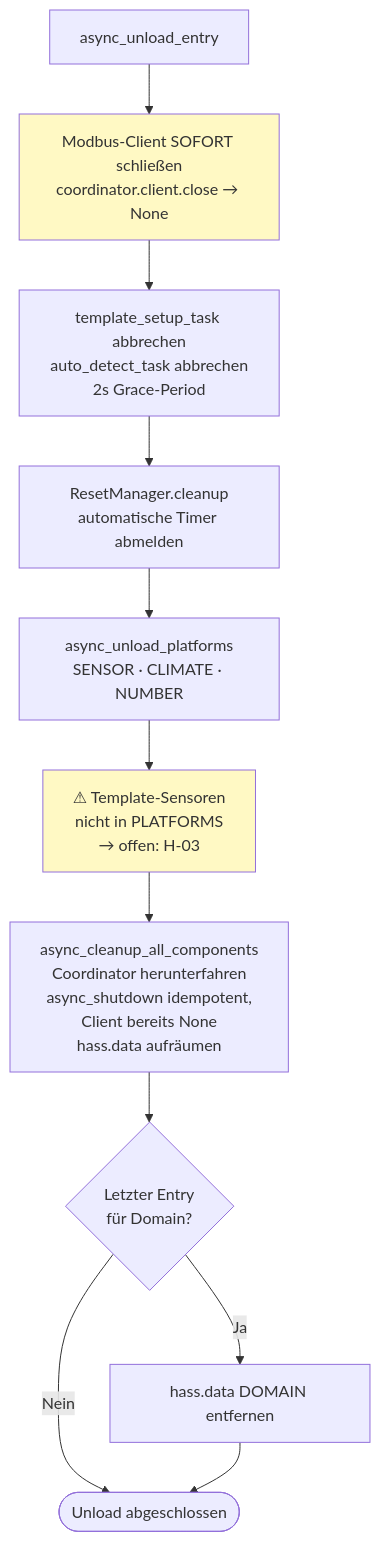
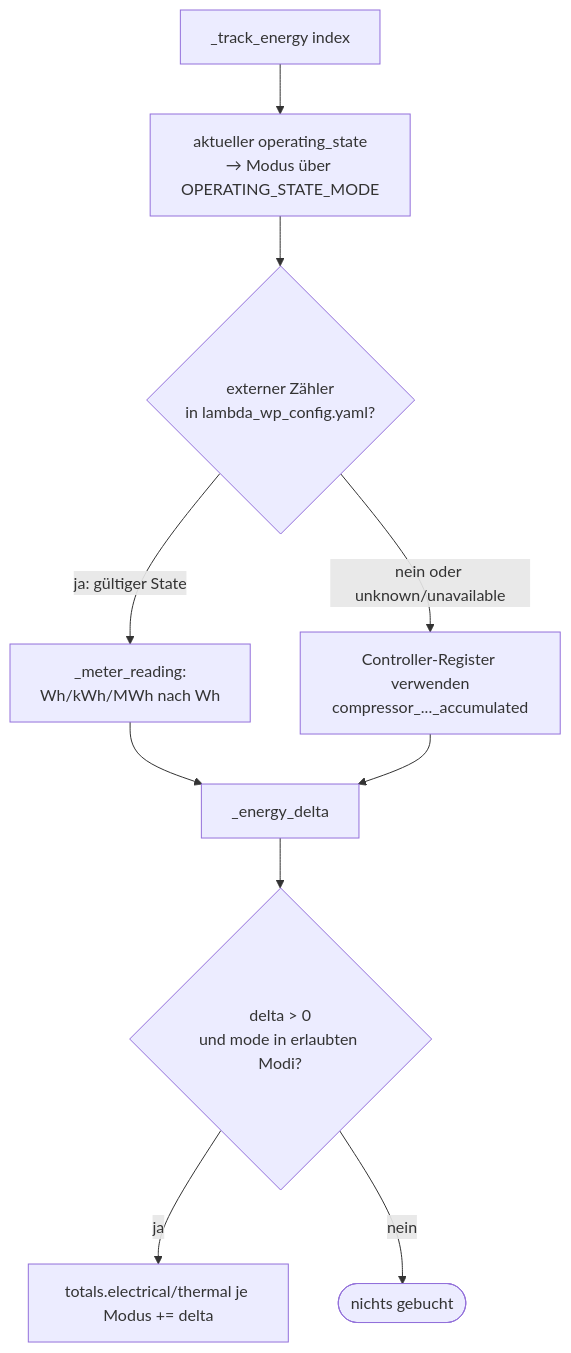
The sixth of 7 diagrams in docs/docs/Entwickler/Ablaufdiagramm.md (GuidoJeuken-6512/lambda_heat_pumps), drawn with Mermaid before and after one commit. The commit also changed other lines of this file and 41 other files, not shown here.

````diff
--- a/docs/docs/Entwickler/Ablaufdiagramm.md
+++ b/docs/docs/Entwickler/Ablaufdiagramm.md
@@ -457,16 +348,12 @@
 ```mermaid
 flowchart TD
-    A[async_unload_entry] --> T0[Modbus-Client SOFORT schließen\ncoordinator.client.close → None]
-    T0 --> T[template_setup_task abbrechen\nauto_detect_task abbrechen\n2s Grace-Period]
-    T --> B[ResetManager.cleanup\nautomatische Timer abmelden]
-    B --> C[async_unload_platforms\nSENSOR · CLIMATE · NUMBER]
-    C --> D[⚠ Template-Sensoren\nnicht in PLATFORMS\n→ offen: H-03]
-    D --> E[async_cleanup_all_components\nCoordinator herunterfahren\nasync_shutdown idempotent,\nClient bereits None\nhass.data aufräumen]
-    E --> F{Letzter Entry\nfür Domain?}
-    F -->|Ja| G[hass.data DOMAIN entfernen]
-    F -->|Nein| H([Unload abgeschlossen])
-    G --> H
-
-    style D fill:#fff9c4
-    style T0 fill:#fff9c4
+    A[_track_energy index] --> B[aktueller operating_state\n→ Modus über OPERATING_STATE_MODE]
+    B --> C{externer Zähler\nin lambda_wp_config.yaml?}
+    C -->|ja: gültiger State| D[_meter_reading:\nWh/kWh/MWh nach Wh]
+    C -->|nein oder unknown/unavailable| E[Controller-Register verwenden\ncompressor_..._accumulated]
+    D --> F[_energy_delta]
+    E --> F
+    F --> G{delta > 0\nund mode in erlaubten Modi?}
+    G -->|ja| H[totals.electrical/thermal je Modus += delta]
+    G -->|nein| I([nichts gebucht])
 ```
````
